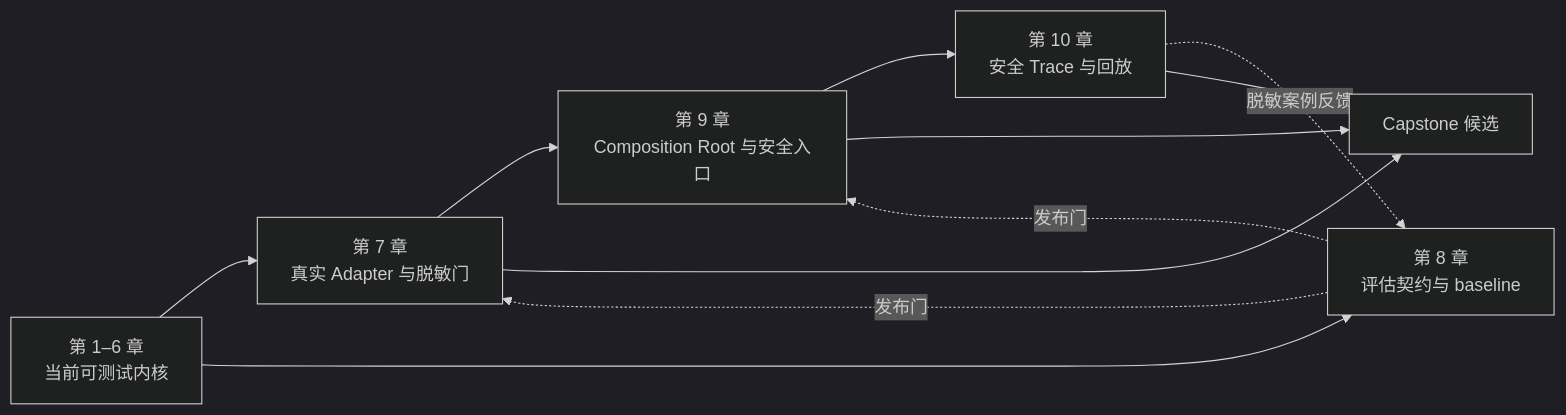
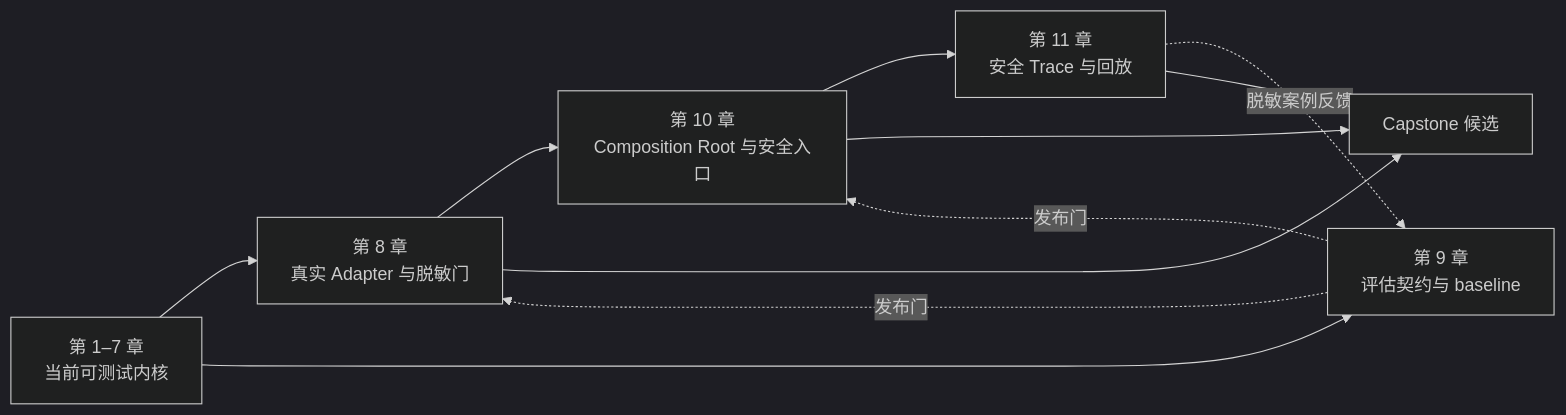
The diagram in doc/README.md (lichao01111-dot/log-agent), drawn with Mermaid (dark theme) before and after one commit. The commit also changed other lines of this file and 26 other files, not shown here.

````diff
--- a/doc/README.md
+++ b/doc/README.md
@@ -46,13 +47,13 @@
 ```mermaid
 flowchart LR
-    A["第 1–6 章\n当前可测试内核"] --> B["第 7 章\n真实 Adapter 与脱敏门"]
-    A --> E["第 8 章\n评估契约与 baseline"]
-    B --> C["第 9 章\nComposition Root 与安全入口"]
+    A["第 1–7 章\n当前可测试内核"] --> B["第 8 章\n真实 Adapter 与脱敏门"]
+    A --> E["第 9 章\n评估契约与 baseline"]
+    B --> C["第 10 章\nComposition Root 与安全入口"]
     E -.->|发布门| B
     E -.->|发布门| C
-    C --> D["第 10 章\n安全 Trace 与回放"]
+    C --> D["第 11 章\n安全 Trace 与回放"]
     D -.->|脱敏案例反馈| E
     B --> F["Capstone 候选"]
     C --> F
     D --> F
 ```
````
